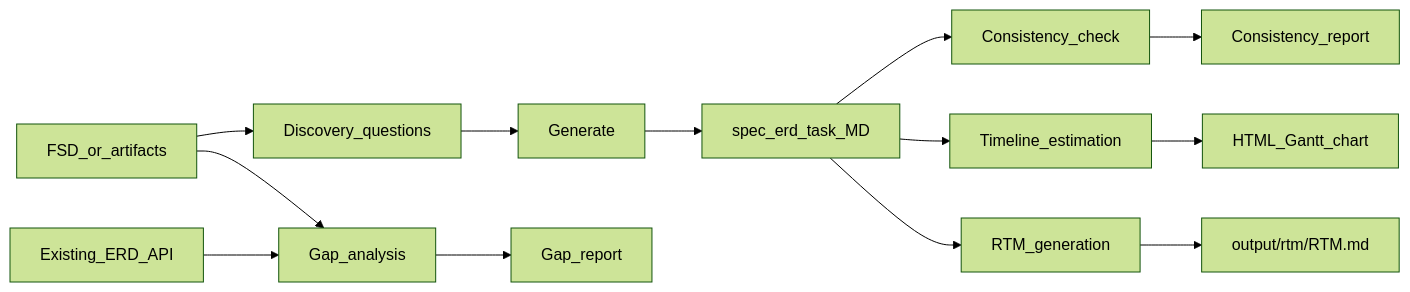
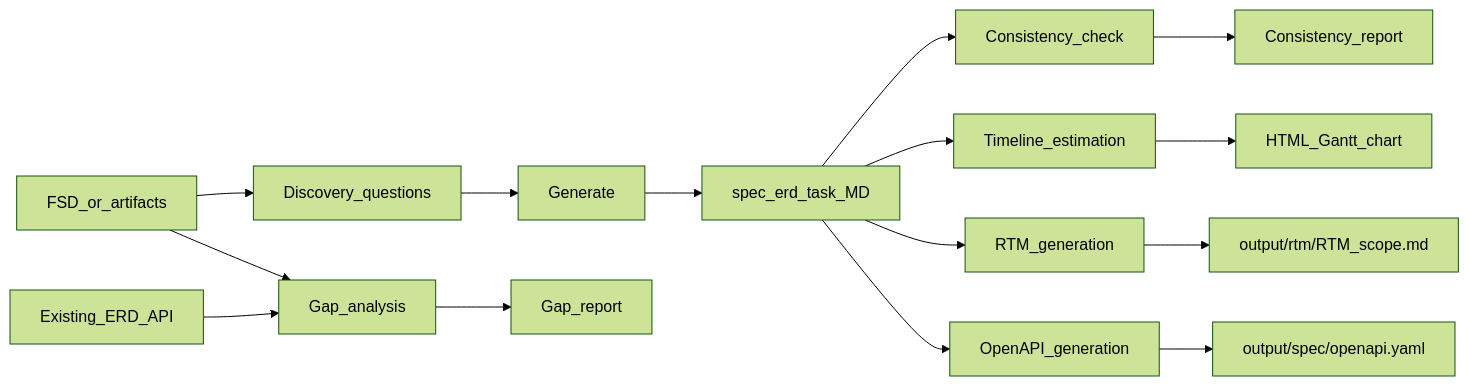
One commit to rogasper/system-analyst-skill changed the diagram in SKILL.md. Above: the diagram before and after it, drawn with Mermaid (forest theme). The commit also changed other lines of this file and 4 other files, not shown here.

First line of the commit message:
feat: add OpenAPI generation + multi-FD scoped RTM (v1.2.0)

````diff
--- a/SKILL.md
+++ b/SKILL.md
@@ -45,17 +47,19 @@
 ```mermaid
 flowchart LR
   FSD[FSD_or_artifacts]
   FSD --> DISC[Discovery_questions]
   DISC --> GEN[Generate]
   FSD --> GAP[Gap_analysis]
   EXIST[Existing_ERD_API]
   EXIST --> GAP
   GEN --> OUT1[spec_erd_task_MD]
   GAP --> OUT2[Gap_report]
   OUT1 --> CONS[Consistency_check]
   CONS --> OUT3[Consistency_report]
   OUT1 --> TL[Timeline_estimation]
   TL --> OUT4[HTML_Gantt_chart]
   OUT1 --> RTM[RTM_generation]
-  RTM --> OUT5[output/rtm/RTM.md]
+  RTM --> OUT5[output/rtm/RTM_scope.md]
+  OUT1 --> OAS[OpenAPI_generation]
+  OAS --> OUT6[output/spec/openapi.yaml]
 ```
````
